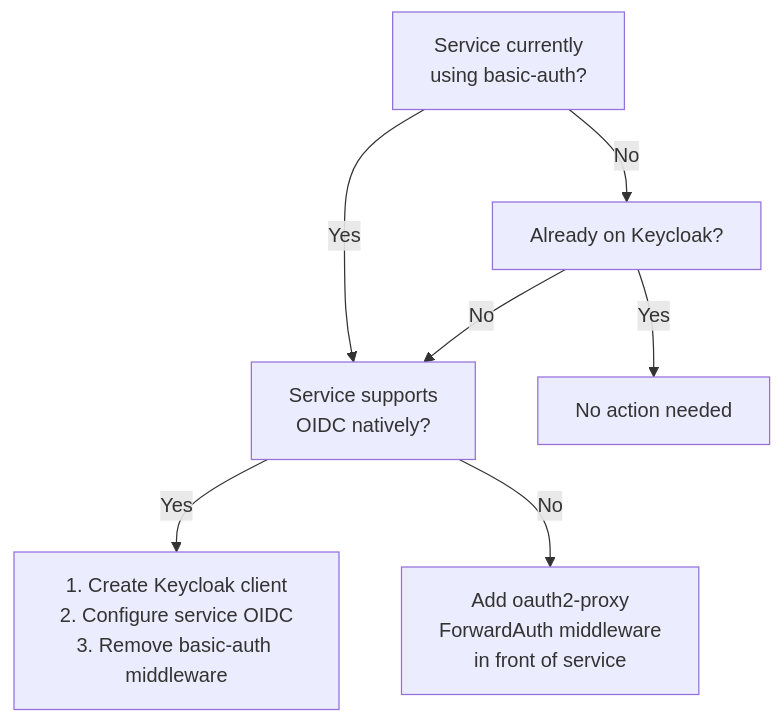
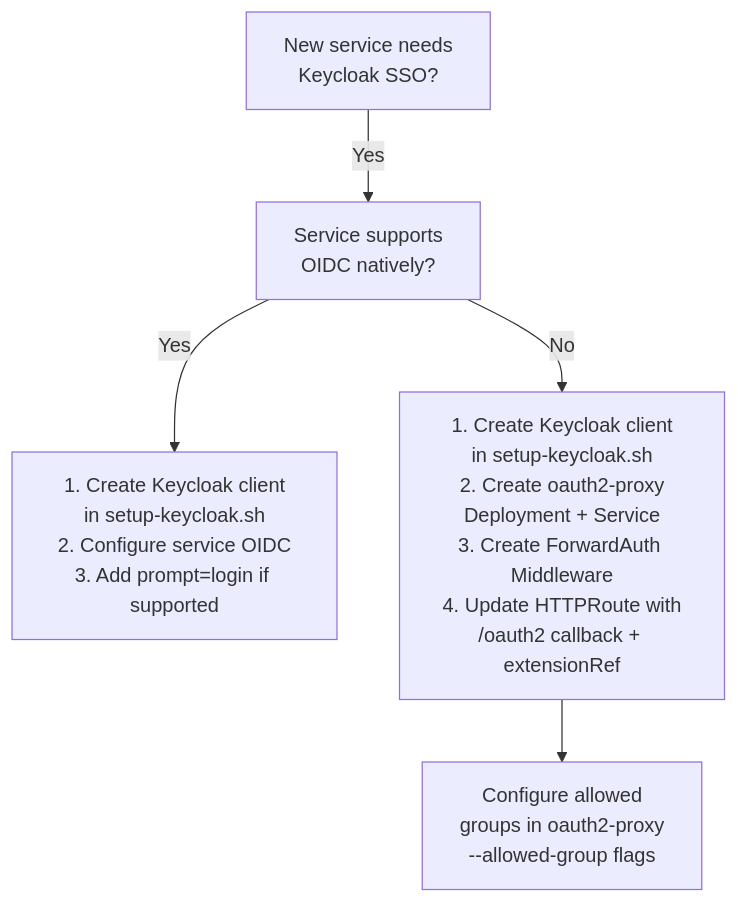
Before and after one commit to derhornspieler/harvester-rke2-platform: diagram 11 of 11 in docs/engineering/security-architecture.md, drawn with Mermaid. The commit also changed other lines of this file and 11 other files, not shown here.

````diff
--- a/docs/engineering/security-architecture.md
+++ b/docs/engineering/security-architecture.md
@@ -955,16 +962,13 @@
 ```mermaid
 flowchart TD
-    Current["Service currently<br/>using basic-auth?"]
+    NewSvc["New service needs<br/>Keycloak SSO?"]
     HasOIDC["Service supports<br/>OIDC natively?"]
-    MigrateOIDC["1. Create Keycloak client<br/>2. Configure service OIDC<br/>3. Remove basic-auth middleware"]
-    NeedProxy["Add oauth2-proxy<br/>ForwardAuth middleware<br/>in front of service"]
-    AlreadySSO["Already on Keycloak?"]
-    Done["No action needed"]
+    NativeOIDC["1. Create Keycloak client<br/>in setup-keycloak.sh<br/>2. Configure service OIDC<br/>3. Add prompt=login if supported"]
+    OAuth2Proxy["1. Create Keycloak client<br/>in setup-keycloak.sh<br/>2. Create oauth2-proxy<br/>Deployment + Service<br/>3. Create ForwardAuth Middleware<br/>4. Update HTTPRoute with<br/>/oauth2 callback + extensionRef"]
+    GroupCheck["Configure allowed<br/>groups in oauth2-proxy<br/>--allowed-group flags"]
 
-    Current -->|Yes| HasOIDC
-    Current -->|No| AlreadySSO
-    AlreadySSO -->|Yes| Done
-    AlreadySSO -->|No| HasOIDC
-    HasOIDC -->|Yes| MigrateOIDC
-    HasOIDC -->|No| NeedProxy
+    NewSvc -->|Yes| HasOIDC
+    HasOIDC -->|Yes| NativeOIDC
+    HasOIDC -->|No| OAuth2Proxy
+    OAuth2Proxy --> GroupCheck
 ```
````
